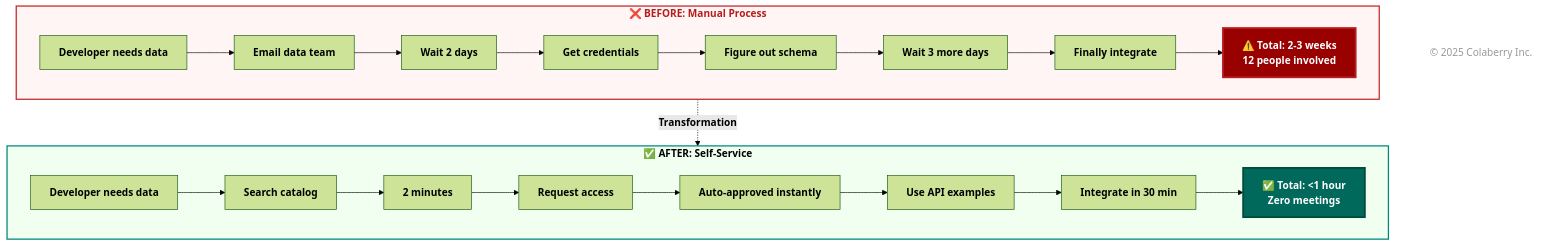
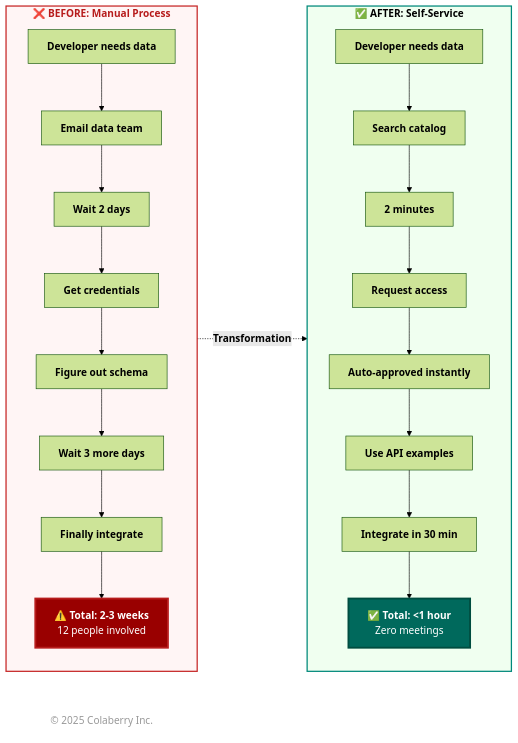
Before and after one commit to colaberry/enterprise-data-readiness-ai-agents: diagram 15 of 18 in chapter-01/chapter_1_complete.md, drawn with Mermaid (forest theme). The commit also changed other lines of this file, not shown here.

First line of the commit message:
diagrams made efficient with space

````diff
--- a/chapter-01/chapter_1_complete.md
+++ b/chapter-01/chapter_1_complete.md
@@ -2433,44 +2419,42 @@
 ```mermaid
-flowchart TB
+flowchart LR
     subgraph before["<b>❌ BEFORE: Manual Process</b>"]
-        direction LR
+        direction TB
         B1["<b>Developer needs data</b>"]
         B2["<b>Email data team</b>"]
         B3["<b>Wait 2 days</b>"]
         B4["<b>Get credentials</b>"]
         B5["<b>Figure out schema</b>"]
         B6["<b>Wait 3 more days</b>"]
         B7["<b>Finally integrate</b>"]
-        B8["<b>⚠️ Total: 2-3 weeks</b><br/><b>12 people involved</b>"]
+        B8["<b>⚠️ Total: 2-3 weeks</b><br/>12 people involved"]
         
         B1 --> B2 --> B3 --> B4 --> B5 --> B6 --> B7 --> B8
     end
 
     subgraph after["<b>✅ AFTER: Self-Service</b>"]
-        direction LR
+        direction TB
         A1["<b>Developer needs data</b>"]
         A2["<b>Search catalog</b>"]
         A3["<b>2 minutes</b>"]
         A4["<b>Request access</b>"]
         A5["<b>Auto-approved instantly</b>"]
         A6["<b>Use API examples</b>"]
         A7["<b>Integrate in 30 min</b>"]
-        A8["<b>✅ Total: <1 hour</b><br/><b>Zero meetings</b>"]
+        A8["<b>✅ Total: <1 hour</b><br/>Zero meetings"]
         
         A1 --> A2 --> A3 --> A4 --> A5 --> A6 --> A7 --> A8
     end
 
-    before -.->|"`**Transformation**`"| after
-
-    %% Link styling
+    before -.->|"<b>Transformation</b>"| after
 
     style before fill:#fff5f5,stroke:#c62828,stroke-width:2px,color:#b71c1c
     style after fill:#f0fff0,stroke:#00897b,stroke-width:2px,color:#000000
     style B8 fill:#990000,color:#ffffff,stroke:#b71c1c,stroke-width:3px
     style A8 fill:#00695c,color:#ffffff,stroke:#004d40,stroke-width:3px
     
     %% Copyright Notice
     CR["© 2025 Colaberry Inc."]
     style CR fill:none,stroke:none,color:#999999
 
 ```
````
